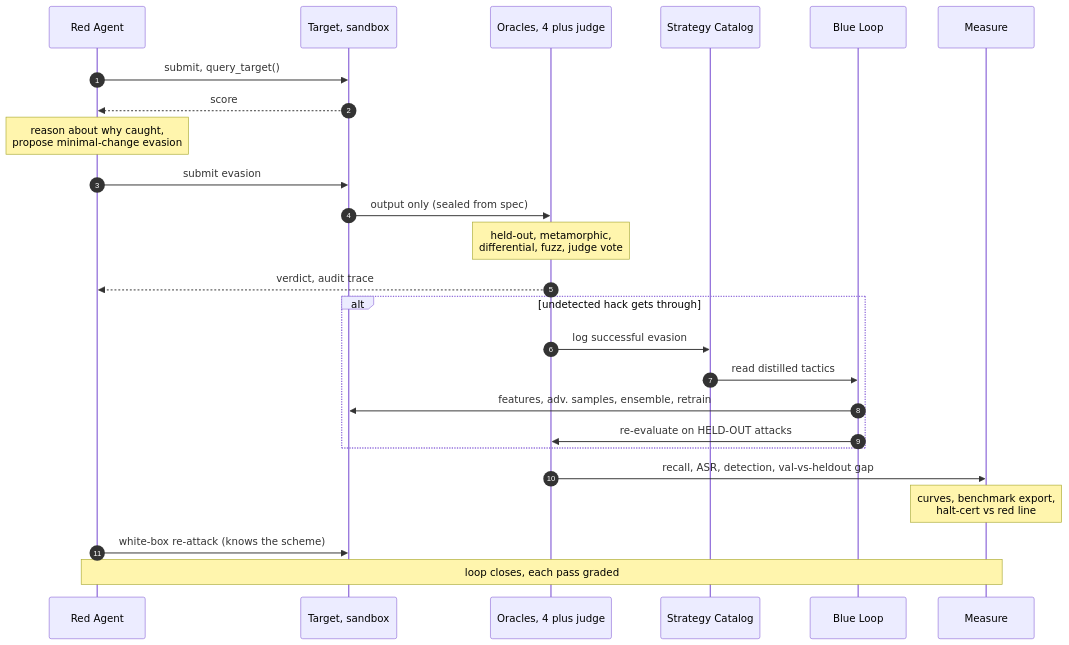
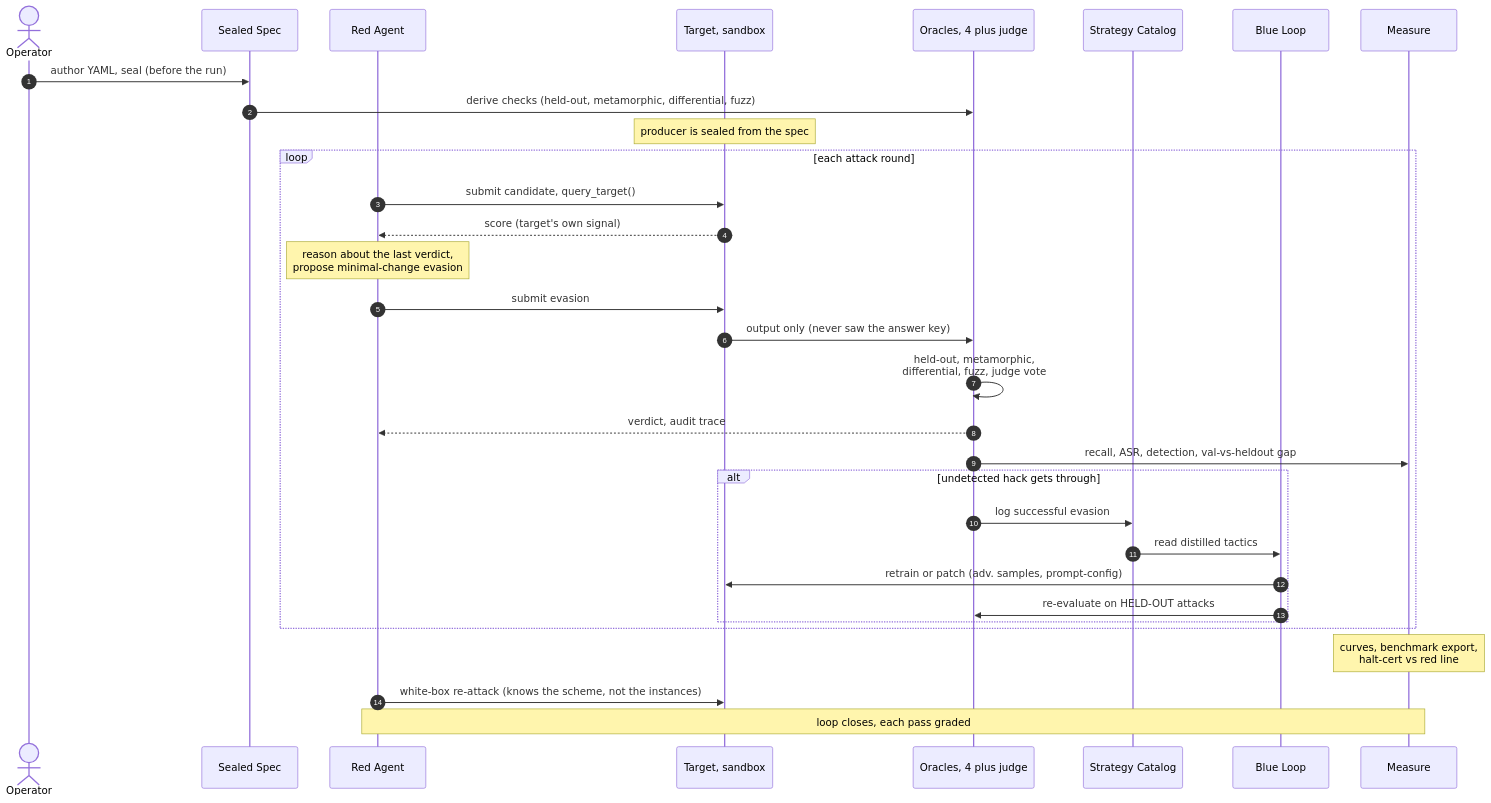
One commit to scott-lydon/crucible changed the eighth of 8 diagrams in README.md. Above: the diagram before and after it, drawn with Mermaid. The commit also changed other lines of this file, not shown here.

Commit message:
docs(readme): make data-flow diagrams accurate
Sequence diagram: add the Operator and Sealed Spec actors with the up-front
author-and-seal step and the derive-oracles edge (the spec is an operator input,
not something the red agent generates); mark the repeating attack round with a
loop; send every verdict to Measure per round, not only on an undetected hack;
reword 'sealed from spec' to 'producer is sealed from the spec' so it reads as
isolation, not generation.

Adapter flowchart: show LightGBM as the shipped fraud adapter and AE/GMM/DAGMM
as a stretch swap (was presented as if built); mark the research-agent adapter
as a stub, matching ARCHITECTURE.md and the registered targets.

````diff
--- a/README.md
+++ b/README.md
@@ -357,27 +357,34 @@
 ```mermaid
 sequenceDiagram
   autonumber
+  actor OP as Operator
+  participant SPEC as Sealed Spec
   participant RED as Red Agent
   participant TGT as Target, sandbox
   participant ORA as Oracles, 4 plus judge
   participant CAT as Strategy Catalog
   participant BLUE as Blue Loop
   participant MEAS as Measure
-  RED->>TGT: submit, query_target()
-  TGT-->>RED: score
-  Note over RED: reason about why caught,<br/>propose minimal-change evasion
-  RED->>TGT: submit evasion
-  TGT->>ORA: output only (sealed from spec)
-  Note over ORA: held-out, metamorphic,<br/>differential, fuzz, judge vote
-  ORA-->>RED: verdict, audit trace
-  alt undetected hack gets through
-    ORA->>CAT: log successful evasion
-    CAT->>BLUE: read distilled tactics
-    BLUE->>TGT: features, adv. samples, ensemble, retrain
-    BLUE->>ORA: re-evaluate on HELD-OUT attacks
+  OP->>SPEC: author YAML, seal (before the run)
+  SPEC->>ORA: derive checks (held-out, metamorphic, differential, fuzz)
+  Note over TGT: producer is sealed from the spec
+  loop each attack round
+    RED->>TGT: submit candidate, query_target()
+    TGT-->>RED: score (target's own signal)
+    Note over RED: reason about the last verdict,<br/>propose minimal-change evasion
+    RED->>TGT: submit evasion
+    TGT->>ORA: output only (never saw the answer key)
+    ORA->>ORA: held-out, metamorphic,<br/>differential, fuzz, judge vote
+    ORA-->>RED: verdict, audit trace
+    ORA->>MEAS: recall, ASR, detection, val-vs-heldout gap
+    alt undetected hack gets through
+      ORA->>CAT: log successful evasion
+      CAT->>BLUE: read distilled tactics
+      BLUE->>TGT: retrain or patch (adv. samples, prompt-config)
+      BLUE->>ORA: re-evaluate on HELD-OUT attacks
+    end
   end
-  ORA->>MEAS: recall, ASR, detection, val-vs-heldout gap
   Note over MEAS: curves, benchmark export,<br/>halt-cert vs red line
-  RED->>TGT: white-box re-attack (knows the scheme)
+  RED->>TGT: white-box re-attack (knows the scheme, not the instances)
   Note over RED,MEAS: loop closes, each pass graded
 ```
````
